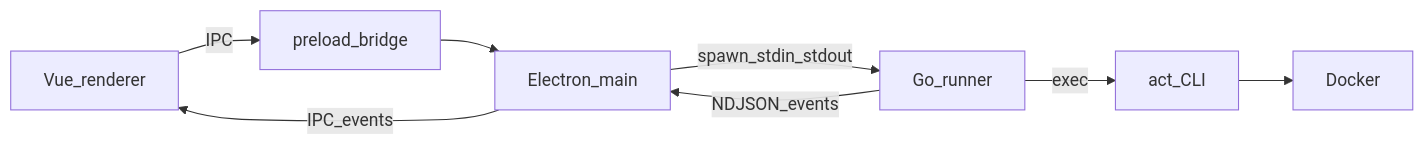
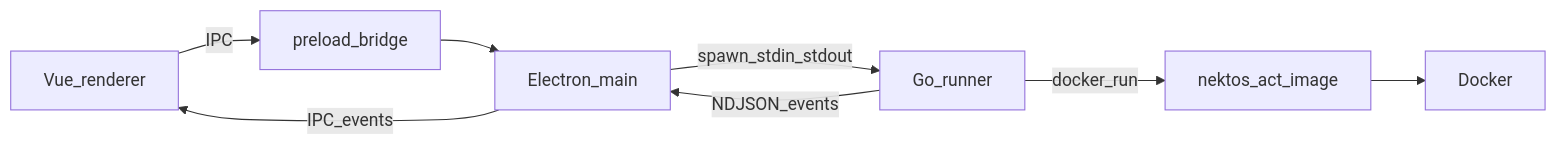
One commit to MaxiGarcia13/pipebox changed the diagram in AGENTS.md. Above: the diagram before and after it, drawn with Mermaid. The commit also changed other lines of this file and 9 other files, not shown here.

Commit message:
feat: Update PipeBox to use Dockerized act for local GitHub Actions, removing the need for a local act binary; enhance architecture documentation and add parser for event handling

````diff
--- a/AGENTS.md
+++ b/AGENTS.md
@@ -7,10 +9,10 @@
 ```mermaid
 flowchart LR
   Vue[Vue_renderer] -->|IPC| Preload[preload_bridge]
   Preload --> Main[Electron_main]
   Main -->|spawn_stdin_stdout| Runner[Go_runner]
-  Runner -->|exec| Act[act_CLI]
-  Act --> Docker[Docker]
+  Runner -->|docker_run| ActImage[nektos_act_image]
+  ActImage --> Docker[Docker]
   Runner -->|NDJSON_events| Main
   Main -->|IPC_events| Vue
 ```
````
